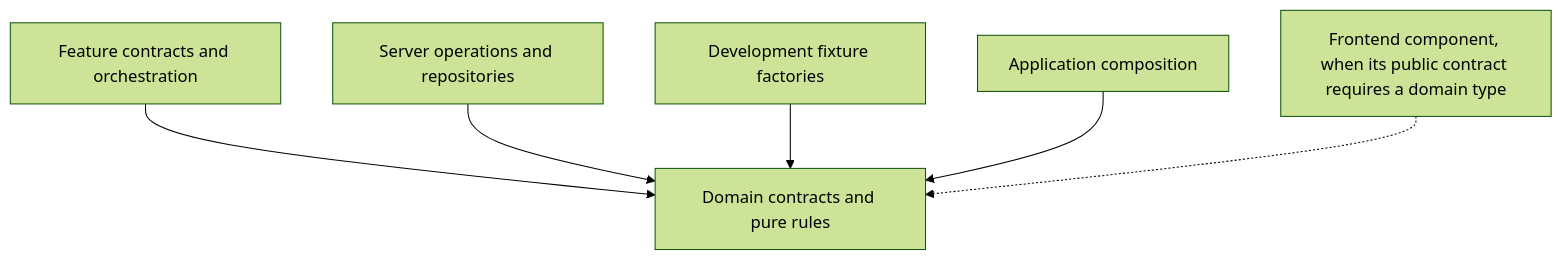
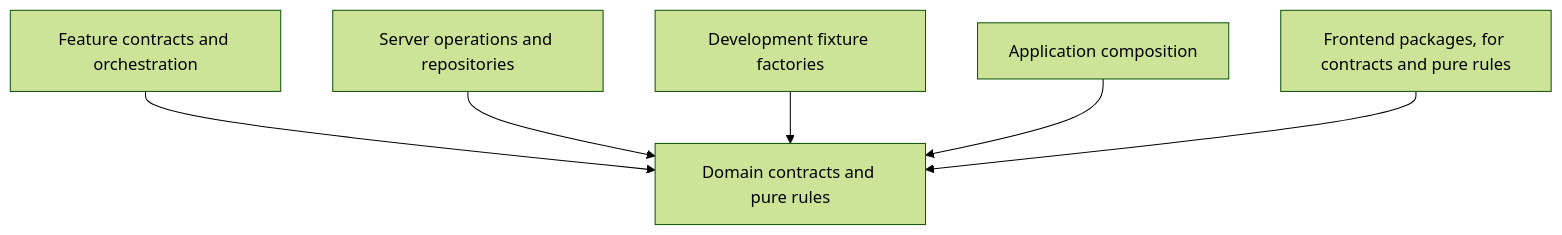
Before and after one commit to hsadoqi/synapcity-v2: the first of 2 diagrams in packages/domain/README.md, drawn with Mermaid (forest theme). The commit also changed 4 other files, not shown here.

Commit message:
docs: update architecture documentation and specifications for Milestone 3.1; clarify frontend-domain contract imports and package responsibilities

````diff
--- a/packages/domain/README.md
+++ b/packages/domain/README.md
@@ -36,8 +36,8 @@
 ```mermaid
 flowchart TB
     features["Feature contracts and orchestration"] --> domain["Domain contracts and pure rules"]
     server["Server operations and repositories"] --> domain
     fixtures["Development fixture factories"] --> domain
     host["Application composition"] --> domain
-    frontend["Frontend component, when its public contract requires a domain type"] -.-> domain
+    frontend["Frontend packages, for contracts and pure rules"] --> domain
 ```
````
